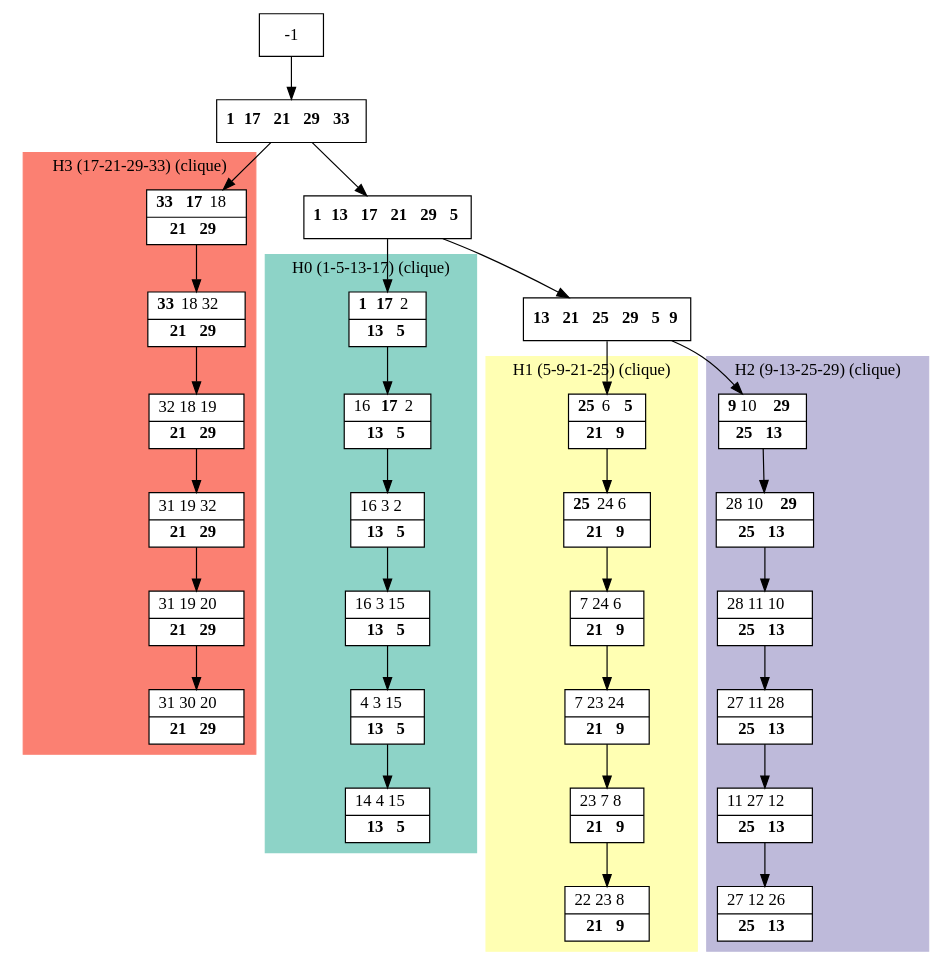
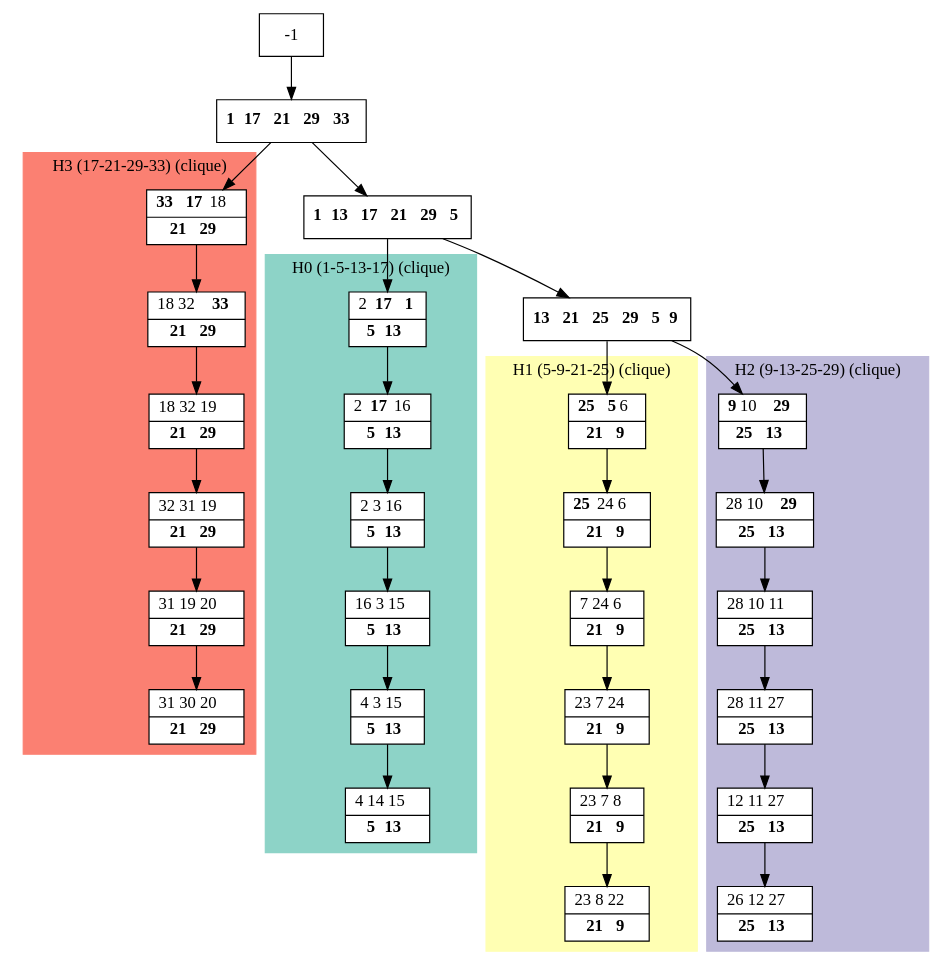
One commit to bmarchand/auto-dp changed the diagram in results/dot_files/processed_M.dot. Above: the diagram before and after it, drawn with Graphviz. The commit also changed 348 other files, not shown here.

```diff
--- a/results/dot_files/processed_M.dot
+++ b/results/dot_files/processed_M.dot
@@ -1,69 +1,69 @@
 digraph G {
     node [shape=box];
     subgraph cluster0 {
         node [style=filled,fillcolor=white];
         labeljust="l";
         style=filled;
         color="#8DD3C7";
         H0_0 -> H0_1 -> H0_2 -> H0_3 -> H0_4 -> H0_5;
         label="H0 (1-5-13-17) (clique)";
     }
     subgraph cluster1 {
         node [style=filled,fillcolor=white];
         labeljust="l";
         style=filled;
         color="#FFFFB3";
         H1_0 -> H1_1 -> H1_2 -> H1_3 -> H1_4 -> H1_5;
         label="H1 (5-9-21-25) (clique)";
     }
     subgraph cluster2 {
         node [style=filled,fillcolor=white];
         labeljust="l";
         style=filled;
         color="#BEBADA";
         H2_0 -> H2_1 -> H2_2 -> H2_3 -> H2_4 -> H2_5;
         label="H2 (9-13-25-29) (clique)";
     }
     subgraph cluster3 {
         node [style=filled,fillcolor=white];
         labeljust="l";
         style=filled;
         color="#FB8072";
         H3_0 -> H3_1 -> H3_2 -> H3_3 -> H3_4 -> H3_5;
         label="H3 (17-21-29-33) (clique)";
     }
      1 [shape=record,label= <{ <b>1</b> <b>17</b> <b>21</b> <b>29</b> <b>33</b>}> ];
      -1  ->  1;
      H3_0 [shape=record,label= <{ <b>33</b> <b>17</b> 18|  <b>21</b> <b>29</b>}> ];
      1  ->  H3_0;
-     H3_1 [shape=record,label= <{ <b>33</b> 18 32|  <b>21</b> <b>29</b>}> ];
-     H3_2 [shape=record,label= <{ 32 18 19|  <b>21</b> <b>29</b>}> ];
-     H3_3 [shape=record,label= <{ 31 19 32|  <b>21</b> <b>29</b>}> ];
+     H3_1 [shape=record,label= <{ 18 32 <b>33</b>|  <b>21</b> <b>29</b>}> ];
+     H3_2 [shape=record,label= <{ 18 32 19|  <b>21</b> <b>29</b>}> ];
+     H3_3 [shape=record,label= <{ 32 31 19|  <b>21</b> <b>29</b>}> ];
      H3_4 [shape=record,label= <{ 31 19 20|  <b>21</b> <b>29</b>}> ];
      H3_5 [shape=record,label= <{ 31 30 20|  <b>21</b> <b>29</b>}> ];
      3 [shape=record,label= <{ <b>1</b> <b>13</b> <b>17</b> <b>21</b> <b>29</b> <b>5</b>}> ];
      1  ->  3;
      6 [shape=record,label= <{ <b>13</b> <b>21</b> <b>25</b> <b>29</b> <b>5</b> <b>9</b>}> ];
      3  ->  6;
-     H1_0 [shape=record,label= <{ <b>25</b> 6 <b>5</b>|  <b>21</b> <b>9</b>}> ];
+     H1_0 [shape=record,label= <{ <b>25</b> <b>5</b> 6|  <b>21</b> <b>9</b>}> ];
      6  ->  H1_0;
      H1_1 [shape=record,label= <{ <b>25</b> 24 6|  <b>21</b> <b>9</b>}> ];
      H1_2 [shape=record,label= <{ 7 24 6|  <b>21</b> <b>9</b>}> ];
-     H1_3 [shape=record,label= <{ 7 23 24|  <b>21</b> <b>9</b>}> ];
+     H1_3 [shape=record,label= <{ 23 7 24|  <b>21</b> <b>9</b>}> ];
      H1_4 [shape=record,label= <{ 23 7 8|  <b>21</b> <b>9</b>}> ];
-     H1_5 [shape=record,label= <{ 22 23 8|  <b>21</b> <b>9</b>}> ];
+     H1_5 [shape=record,label= <{ 23 8 22|  <b>21</b> <b>9</b>}> ];
      H2_0 [shape=record,label= <{ <b>9</b> 10 <b>29</b>|  <b>25</b> <b>13</b>}> ];
      6  ->  H2_0;
      H2_1 [shape=record,label= <{ 28 10 <b>29</b>|  <b>25</b> <b>13</b>}> ];
-     H2_2 [shape=record,label= <{ 28 11 10|  <b>25</b> <b>13</b>}> ];
-     H2_3 [shape=record,label= <{ 27 11 28|  <b>25</b> <b>13</b>}> ];
-     H2_4 [shape=record,label= <{ 11 27 12|  <b>25</b> <b>13</b>}> ];
-     H2_5 [shape=record,label= <{ 27 12 26|  <b>25</b> <b>13</b>}> ];
-     H0_0 [shape=record,label= <{ <b>1</b> <b>17</b> 2|  <b>13</b> <b>5</b>}> ];
+     H2_2 [shape=record,label= <{ 28 10 11|  <b>25</b> <b>13</b>}> ];
+     H2_3 [shape=record,label= <{ 28 11 27|  <b>25</b> <b>13</b>}> ];
+     H2_4 [shape=record,label= <{ 12 11 27|  <b>25</b> <b>13</b>}> ];
+     H2_5 [shape=record,label= <{ 26 12 27|  <b>25</b> <b>13</b>}> ];
+     H0_0 [shape=record,label= <{ 2 <b>17</b> <b>1</b>|  <b>5</b> <b>13</b>}> ];
      3  ->  H0_0;
-     H0_1 [shape=record,label= <{ 16 <b>17</b> 2|  <b>13</b> <b>5</b>}> ];
-     H0_2 [shape=record,label= <{ 16 3 2|  <b>13</b> <b>5</b>}> ];
-     H0_3 [shape=record,label= <{ 16 3 15|  <b>13</b> <b>5</b>}> ];
-     H0_4 [shape=record,label= <{ 4 3 15|  <b>13</b> <b>5</b>}> ];
-     H0_5 [shape=record,label= <{ 14 4 15|  <b>13</b> <b>5</b>}> ];
+     H0_1 [shape=record,label= <{ 2 <b>17</b> 16|  <b>5</b> <b>13</b>}> ];
+     H0_2 [shape=record,label= <{ 2 3 16|  <b>5</b> <b>13</b>}> ];
+     H0_3 [shape=record,label= <{ 16 3 15|  <b>5</b> <b>13</b>}> ];
+     H0_4 [shape=record,label= <{ 4 3 15|  <b>5</b> <b>13</b>}> ];
+     H0_5 [shape=record,label= <{ 4 14 15|  <b>5</b> <b>13</b>}> ];
 }
```
